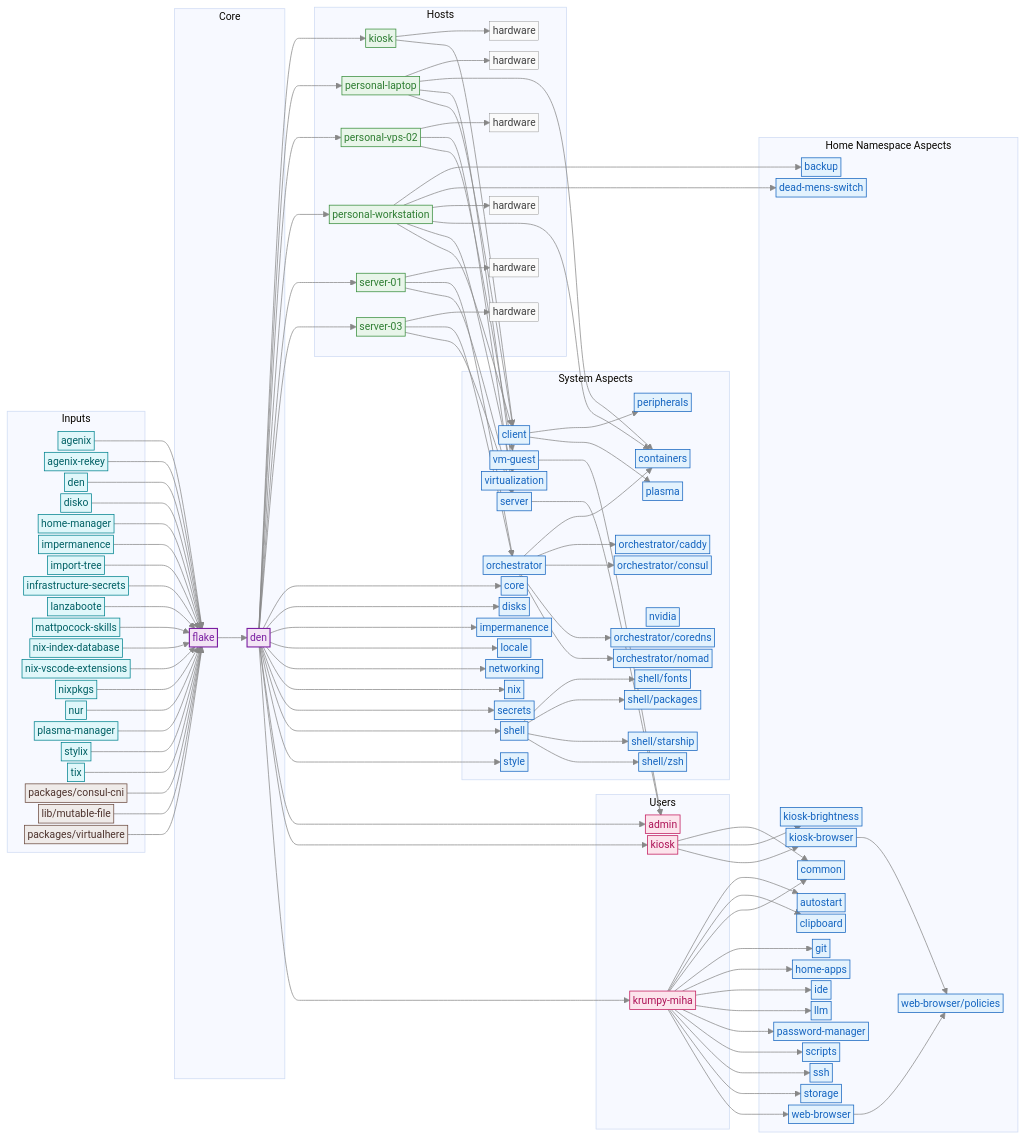
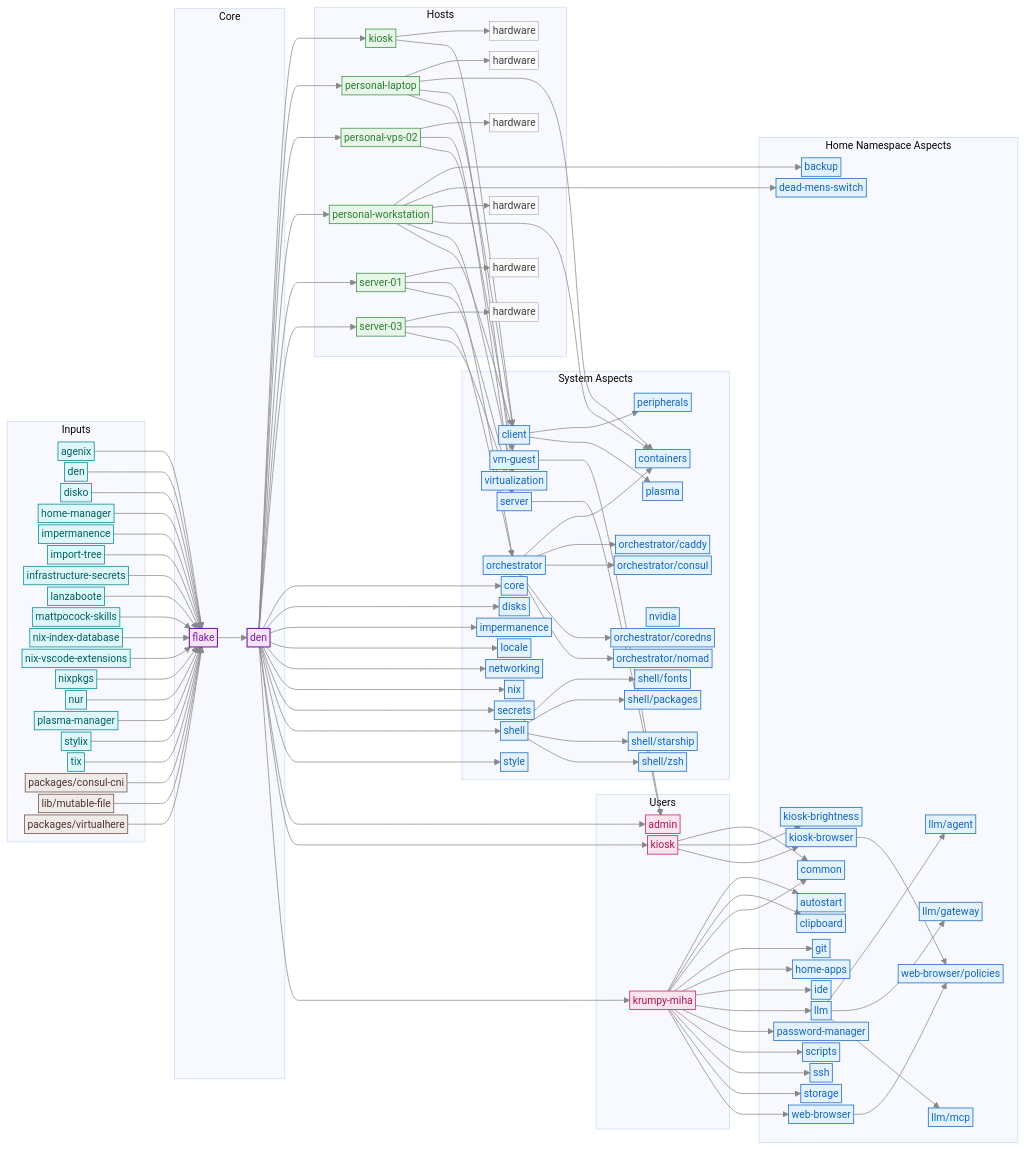
Before and after one commit to mihakrumpestar/infrastructure: the diagram in README.md, drawn with Mermaid. The commit also changed 3 other files, not shown here.

Commit message:
fix: update flake graph scripts

```diff
--- a/README.md
+++ b/README.md
@@ -178,7 +178,6 @@
 
     subgraph Inputs[Inputs]
         input_agenix["agenix"]:::input
-        input_agenix_rekey["agenix-rekey"]:::input
         input_den["den"]:::input
         input_disko["disko"]:::input
         input_home_manager["home-manager"]:::input
@@ -244,7 +243,10 @@
         home_ide["ide"]:::aspect
         home_kiosk_brightness["kiosk-brightness"]:::aspect
         home_kiosk_browser["kiosk-browser"]:::aspect
+        home_llm_agent["llm/agent"]:::aspect
         home_llm["llm"]:::aspect
+        home_llm_gateway["llm/gateway"]:::aspect
+        home_llm_mcp["llm/mcp"]:::aspect
         home_password_manager["password-manager"]:::aspect
         home_scripts["scripts"]:::aspect
         home_ssh["ssh"]:::aspect
@@ -295,6 +297,9 @@
     den --> user_krumpy_miha
     flake --> den
     home_kiosk_browser --> home_web_browser_policies
+    home_llm --> home_llm_agent
+    home_llm --> home_llm_gateway
+    home_llm --> home_llm_mcp
     home_web_browser --> home_web_browser_policies
     host_kiosk --> host_kiosk_hardware
     host_kiosk --> type_client
@@ -318,7 +323,6 @@
     host_server_03 --> opt_orchestrator
     host_server_03 --> type_server
     input_agenix --> flake
-    input_agenix_rekey --> flake
     input_den --> flake
     input_disko --> flake
     input_home_manager --> flake
```
